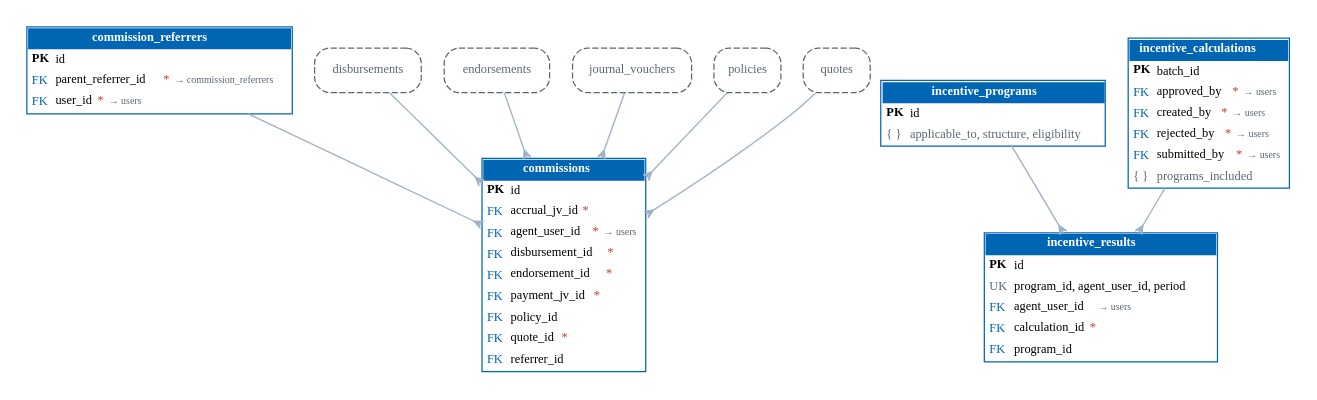
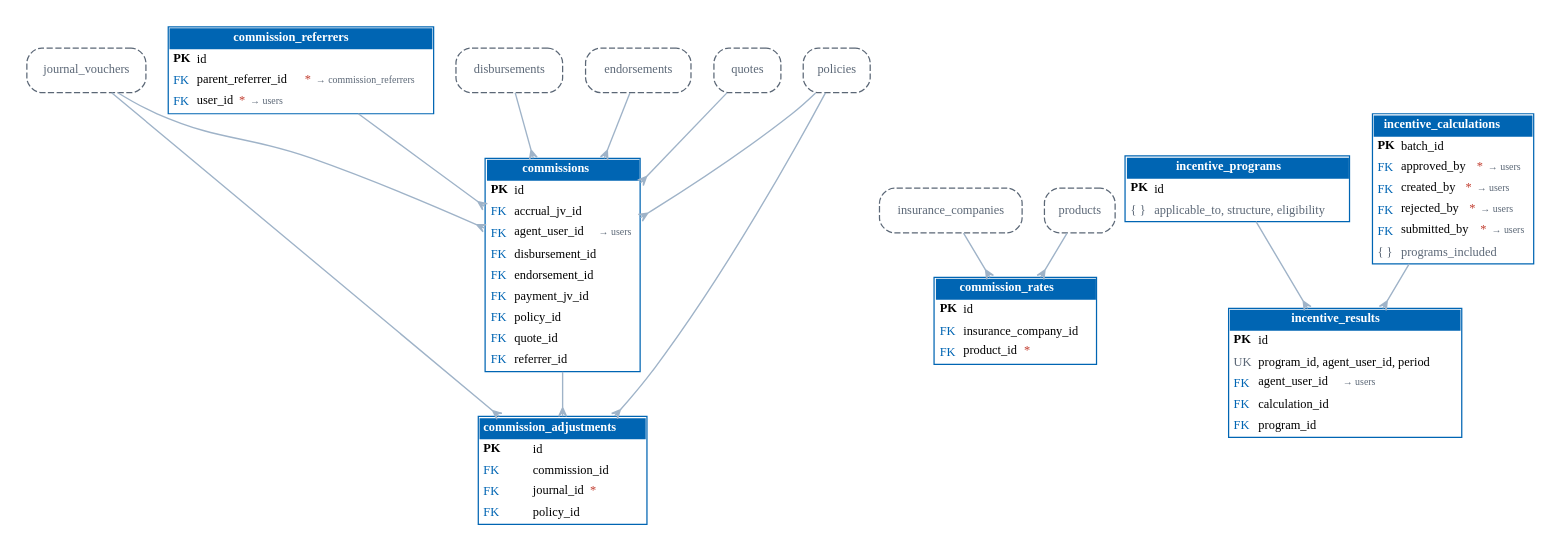
Before and after one commit to IortaTexhNXT-DEV/BDOI-OOTB: the diagram in docs/architecture/diagrams/er_commission_incentive.dot, drawn with Graphviz. The commit also changed 47 other files, not shown here.

First line of the commit message:
Architecture: refresh the database snapshot, table catalogue and ER diagrams

```diff
--- a/docs/architecture/diagrams/er_commission_incentive.dot
+++ b/docs/architecture/diagrams/er_commission_incentive.dot
@@ -1,24 +1,33 @@
 // Generated by tools/render_diagrams.py from tools/data/db_snapshot.json: Commission and incentive. Do not edit by hand.
 digraph ER {
   graph [rankdir=TB, splines=true, nodesep=0.25, ranksep=0.5, fontname="Nunito", bgcolor="white", pad=0.2, pack=true, packmode="array_u3"];
   node [shape=plain, fontname="Nunito", fontsize=10];
   edge [color="#9FB3C8", arrowhead=crow, arrowtail=none, dir=both, arrowsize=0.7, penwidth=1.1];
-  "commissions" [label=<<table border="1" cellborder="0" cellspacing="0" cellpadding="3" color="#0065B3"><tr><td colspan="2" bgcolor="#0065B3"><font color="white"><b>commissions</b></font></td></tr><tr><td align="left" balign="left"><b>PK</b></td><td align="left">id</td></tr><tr><td align="left"><font color="#0065B3">FK</font></td><td align="left">accrual_jv_id<font color="#C0392B">*</font></td></tr><tr><td align="left"><font color="#0065B3">FK</font></td><td align="left">agent_user_id<font color="#C0392B">*</font> <font color="#5B6776" point-size="8">&#8594; users</font></td></tr><tr><td align="left"><font color="#0065B3">FK</font></td><td align="left">disbursement_id<font color="#C0392B">*</font></td></tr><tr><td align="left"><font color="#0065B3">FK</font></td><td align="left">endorsement_id<font color="#C0392B">*</font></td></tr><tr><td align="left"><font color="#0065B3">FK</font></td><td align="left">payment_jv_id<font color="#C0392B">*</font></td></tr><tr><td align="left"><font color="#0065B3">FK</font></td><td align="left">policy_id</td></tr><tr><td align="left"><font color="#0065B3">FK</font></td><td align="left">quote_id<font color="#C0392B">*</font></td></tr><tr><td align="left"><font color="#0065B3">FK</font></td><td align="left">referrer_id</td></tr></table>>];
+  "commissions" [label=<<table border="1" cellborder="0" cellspacing="0" cellpadding="3" color="#0065B3"><tr><td colspan="2" bgcolor="#0065B3"><font color="white"><b>commissions</b></font></td></tr><tr><td align="left" balign="left"><b>PK</b></td><td align="left">id</td></tr><tr><td align="left"><font color="#0065B3">FK</font></td><td align="left">accrual_jv_id</td></tr><tr><td align="left"><font color="#0065B3">FK</font></td><td align="left">agent_user_id <font color="#5B6776" point-size="8">&#8594; users</font></td></tr><tr><td align="left"><font color="#0065B3">FK</font></td><td align="left">disbursement_id</td></tr><tr><td align="left"><font color="#0065B3">FK</font></td><td align="left">endorsement_id</td></tr><tr><td align="left"><font color="#0065B3">FK</font></td><td align="left">payment_jv_id</td></tr><tr><td align="left"><font color="#0065B3">FK</font></td><td align="left">policy_id</td></tr><tr><td align="left"><font color="#0065B3">FK</font></td><td align="left">quote_id</td></tr><tr><td align="left"><font color="#0065B3">FK</font></td><td align="left">referrer_id</td></tr></table>>];
+  "commission_adjustments" [label=<<table border="1" cellborder="0" cellspacing="0" cellpadding="3" color="#0065B3"><tr><td colspan="2" bgcolor="#0065B3"><font color="white"><b>commission_adjustments</b></font></td></tr><tr><td align="left" balign="left"><b>PK</b></td><td align="left">id</td></tr><tr><td align="left"><font color="#0065B3">FK</font></td><td align="left">commission_id</td></tr><tr><td align="left"><font color="#0065B3">FK</font></td><td align="left">journal_id<font color="#C0392B">*</font></td></tr><tr><td align="left"><font color="#0065B3">FK</font></td><td align="left">policy_id</td></tr></table>>];
+  "commission_rates" [label=<<table border="1" cellborder="0" cellspacing="0" cellpadding="3" color="#0065B3"><tr><td colspan="2" bgcolor="#0065B3"><font color="white"><b>commission_rates</b></font></td></tr><tr><td align="left" balign="left"><b>PK</b></td><td align="left">id</td></tr><tr><td align="left"><font color="#0065B3">FK</font></td><td align="left">insurance_company_id</td></tr><tr><td align="left"><font color="#0065B3">FK</font></td><td align="left">product_id<font color="#C0392B">*</font></td></tr></table>>];
   "commission_referrers" [label=<<table border="1" cellborder="0" cellspacing="0" cellpadding="3" color="#0065B3"><tr><td colspan="2" bgcolor="#0065B3"><font color="white"><b>commission_referrers</b></font></td></tr><tr><td align="left" balign="left"><b>PK</b></td><td align="left">id</td></tr><tr><td align="left"><font color="#0065B3">FK</font></td><td align="left">parent_referrer_id<font color="#C0392B">*</font> <font color="#5B6776" point-size="8">&#8594; commission_referrers</font></td></tr><tr><td align="left"><font color="#0065B3">FK</font></td><td align="left">user_id<font color="#C0392B">*</font> <font color="#5B6776" point-size="8">&#8594; users</font></td></tr></table>>];
   "incentive_programs" [label=<<table border="1" cellborder="0" cellspacing="0" cellpadding="3" color="#0065B3"><tr><td colspan="2" bgcolor="#0065B3"><font color="white"><b>incentive_programs</b></font></td></tr><tr><td align="left" balign="left"><b>PK</b></td><td align="left">id</td></tr><tr><td align="left"><font color="#5B6776">{ }</font></td><td align="left"><font color="#5B6776">applicable_to, structure, eligibility</font></td></tr></table>>];
   "incentive_calculations" [label=<<table border="1" cellborder="0" cellspacing="0" cellpadding="3" color="#0065B3"><tr><td colspan="2" bgcolor="#0065B3"><font color="white"><b>incentive_calculations</b></font></td></tr><tr><td align="left" balign="left"><b>PK</b></td><td align="left">batch_id</td></tr><tr><td align="left"><font color="#0065B3">FK</font></td><td align="left">approved_by<font color="#C0392B">*</font> <font color="#5B6776" point-size="8">&#8594; users</font></td></tr><tr><td align="left"><font color="#0065B3">FK</font></td><td align="left">created_by<font color="#C0392B">*</font> <font color="#5B6776" point-size="8">&#8594; users</font></td></tr><tr><td align="left"><font color="#0065B3">FK</font></td><td align="left">rejected_by<font color="#C0392B">*</font> <font color="#5B6776" point-size="8">&#8594; users</font></td></tr><tr><td align="left"><font color="#0065B3">FK</font></td><td align="left">submitted_by<font color="#C0392B">*</font> <font color="#5B6776" point-size="8">&#8594; users</font></td></tr><tr><td align="left"><font color="#5B6776">{ }</font></td><td align="left"><font color="#5B6776">programs_included</font></td></tr></table>>];
-  "incentive_results" [label=<<table border="1" cellborder="0" cellspacing="0" cellpadding="3" color="#0065B3"><tr><td colspan="2" bgcolor="#0065B3"><font color="white"><b>incentive_results</b></font></td></tr><tr><td align="left" balign="left"><b>PK</b></td><td align="left">id</td></tr><tr><td align="left"><font color="#5B6776">UK</font></td><td align="left">program_id, agent_user_id, period</td></tr><tr><td align="left"><font color="#0065B3">FK</font></td><td align="left">agent_user_id <font color="#5B6776" point-size="8">&#8594; users</font></td></tr><tr><td align="left"><font color="#0065B3">FK</font></td><td align="left">calculation_id<font color="#C0392B">*</font></td></tr><tr><td align="left"><font color="#0065B3">FK</font></td><td align="left">program_id</td></tr></table>>];
+  "incentive_results" [label=<<table border="1" cellborder="0" cellspacing="0" cellpadding="3" color="#0065B3"><tr><td colspan="2" bgcolor="#0065B3"><font color="white"><b>incentive_results</b></font></td></tr><tr><td align="left" balign="left"><b>PK</b></td><td align="left">id</td></tr><tr><td align="left"><font color="#5B6776">UK</font></td><td align="left">program_id, agent_user_id, period</td></tr><tr><td align="left"><font color="#0065B3">FK</font></td><td align="left">agent_user_id <font color="#5B6776" point-size="8">&#8594; users</font></td></tr><tr><td align="left"><font color="#0065B3">FK</font></td><td align="left">calculation_id</td></tr><tr><td align="left"><font color="#0065B3">FK</font></td><td align="left">program_id</td></tr></table>>];
   "disbursements" [shape=box, style="rounded,dashed", color="#5B6776", fontcolor="#5B6776", label="disbursements"];
   "endorsements" [shape=box, style="rounded,dashed", color="#5B6776", fontcolor="#5B6776", label="endorsements"];
+  "insurance_companies" [shape=box, style="rounded,dashed", color="#5B6776", fontcolor="#5B6776", label="insurance_companies"];
   "journal_vouchers" [shape=box, style="rounded,dashed", color="#5B6776", fontcolor="#5B6776", label="journal_vouchers"];
   "policies" [shape=box, style="rounded,dashed", color="#5B6776", fontcolor="#5B6776", label="policies"];
+  "products" [shape=box, style="rounded,dashed", color="#5B6776", fontcolor="#5B6776", label="products"];
   "quotes" [shape=box, style="rounded,dashed", color="#5B6776", fontcolor="#5B6776", label="quotes"];
   "commission_referrers" -> "commissions";
+  "commissions" -> "commission_adjustments";
   "disbursements" -> "commissions";
   "endorsements" -> "commissions";
   "incentive_calculations" -> "incentive_results";
   "incentive_programs" -> "incentive_results";
+  "insurance_companies" -> "commission_rates";
+  "journal_vouchers" -> "commission_adjustments";
   "journal_vouchers" -> "commissions";
+  "policies" -> "commission_adjustments";
   "policies" -> "commissions";
+  "products" -> "commission_rates";
   "quotes" -> "commissions";
 }
```
